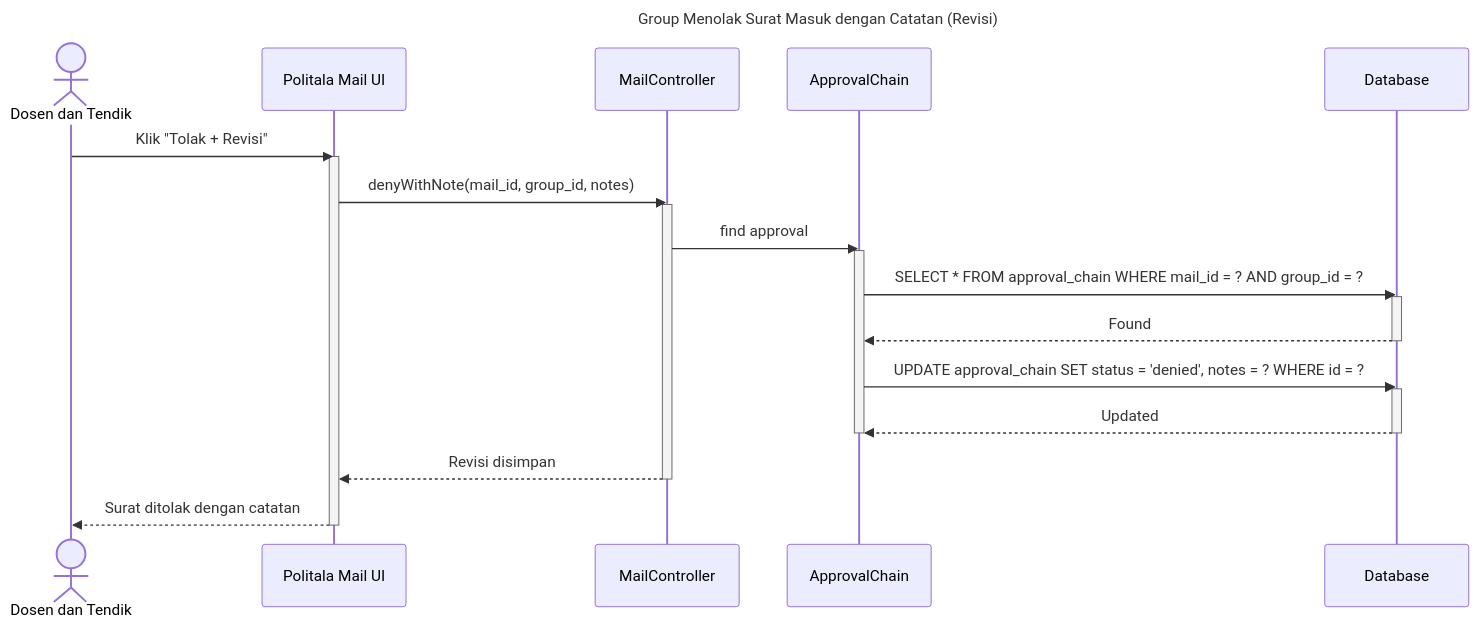
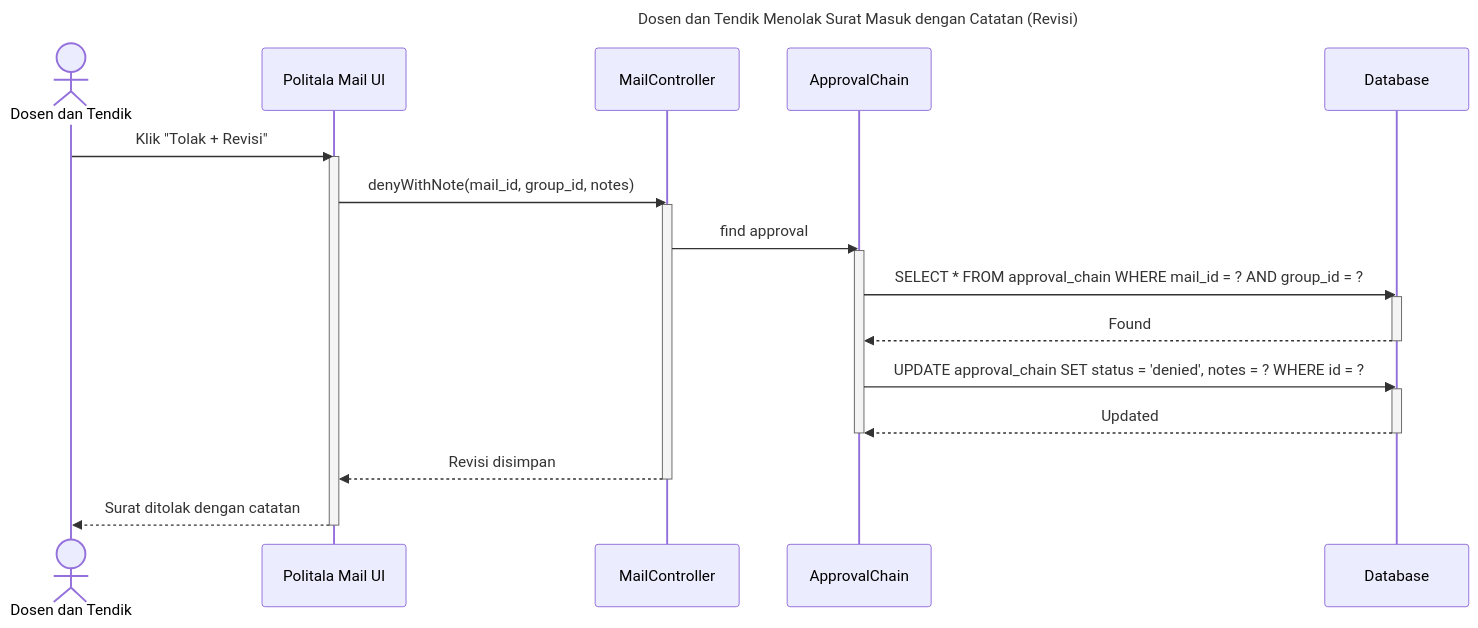
The diagram in Manage Surat Masuk/revisi.md (davidhadinugroho24601/UML-politala-mail), drawn with Mermaid before and after one commit. The commit also changed 12 other files, not shown here.

````diff
--- a/Manage Surat Masuk/revisi.md
+++ b/Manage Surat Masuk/revisi.md
@@ -1,36 +1,36 @@
 ```mermaid
 
 sequenceDiagram
-    title Group Menolak Surat Masuk dengan Catatan (Revisi)
+    title Dosen dan Tendik Menolak Surat Masuk dengan Catatan (Revisi)
 
     actor Dosen dan Tendik
     participant FilamentUI as Politala Mail UI
     participant MailController
     participant ApprovalModel as ApprovalChain
     participant DB as Database
 
     Dosen dan Tendik ->> FilamentUI: Klik "Tolak + Revisi"
     activate FilamentUI
     FilamentUI ->> MailController: denyWithNote(mail_id, group_id, notes)
     activate MailController
 
     MailController ->> ApprovalModel: find approval
     activate ApprovalModel
     ApprovalModel ->> DB: SELECT * FROM approval_chain WHERE mail_id = ? AND group_id = ?
     activate DB
     DB -->> ApprovalModel: Found
     deactivate DB
 
     ApprovalModel ->> DB: UPDATE approval_chain SET status = 'denied', notes = ? WHERE id = ?
     activate DB
     DB -->> ApprovalModel: Updated
     deactivate DB
     deactivate ApprovalModel
 
     MailController -->> FilamentUI: Revisi disimpan
     deactivate MailController
     FilamentUI -->> Dosen dan Tendik: Surat ditolak dengan catatan
     deactivate FilamentUI
 
 
 ```
````
